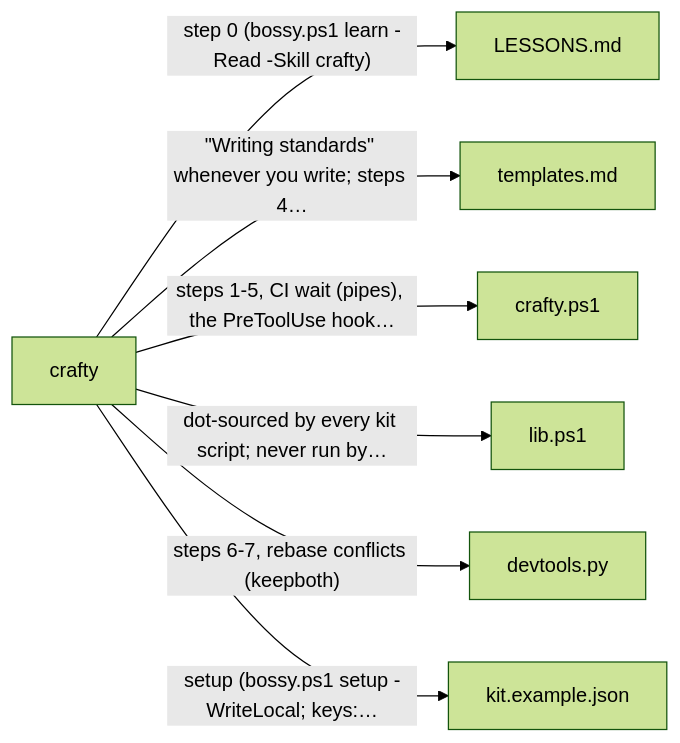
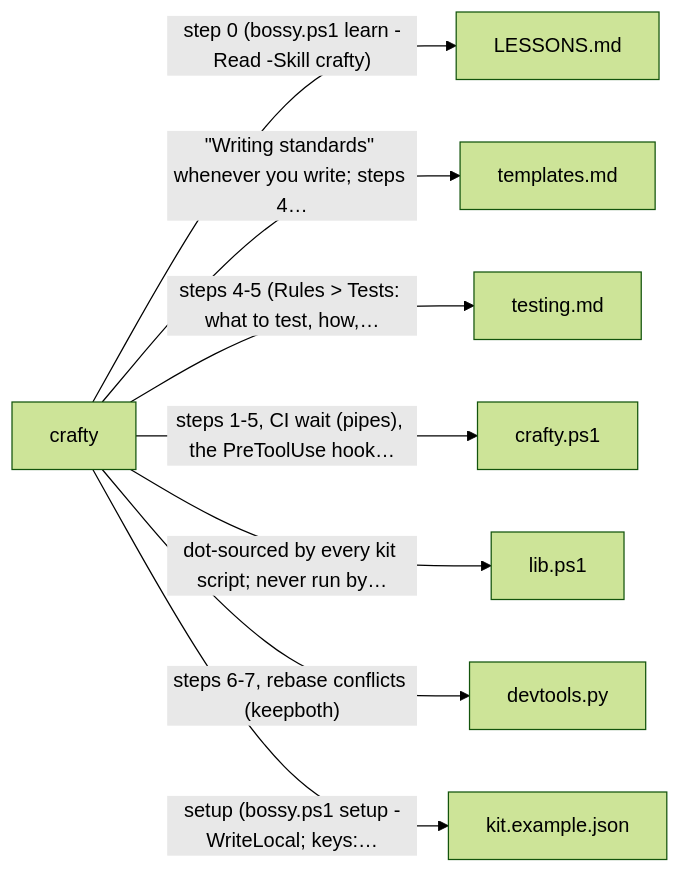
One commit to prskid1000/claude-crew changed the fourth of 5 diagrams in README.md. Above: the diagram before and after it, drawn with Mermaid (forest theme). The commit also changed other lines of this file and 23 other files, not shown here.

````diff
--- a/README.md
+++ b/README.md
@@ -426,10 +426,11 @@
 ```mermaid
 flowchart LR
   skills_crafty_SKILL_md["crafty"]
   skills_crafty_SKILL_md -->|"step 0 (bossy.ps1 learn -Read -Skill crafty)"| LESSONS_md["LESSONS.md"]
   skills_crafty_SKILL_md -->|"#quot;Writing standards#quot; whenever you write; steps 4…"| skills_crafty_templates_md["templates.md"]
+  skills_crafty_SKILL_md -->|"steps 4-5 (Rules #gt; Tests: what to test, how,…"| skills_crafty_testing_md["testing.md"]
   skills_crafty_SKILL_md -->|"steps 1-5, CI wait (pipes), the PreToolUse hook…"| skills_crafty_crafty_ps1["crafty.ps1"]
   skills_crafty_SKILL_md -->|"dot-sourced by every kit script; never run by…"| skills_crafty_lib_ps1["lib.ps1"]
   skills_crafty_SKILL_md -->|"steps 6-7, rebase conflicts (keepboth)"| skills_crafty_devtools_py["devtools.py"]
   skills_crafty_SKILL_md -->|"setup (bossy.ps1 setup -WriteLocal; keys:…"| skills_crafty_kit_example_json["kit.example.json"]
 ```
````
